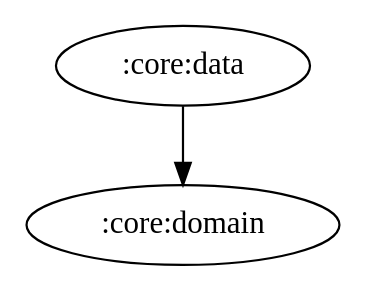
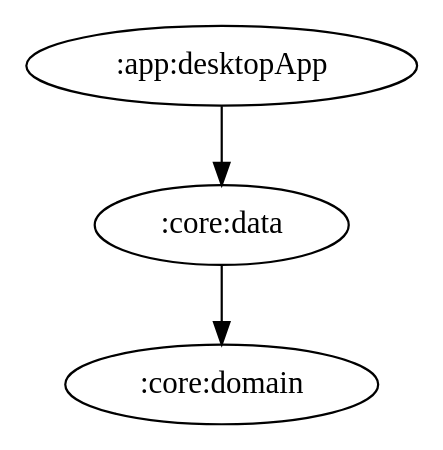
One commit to ai-kurou/KoDriver changed the diagram in docs/graphs/core-data.gv. Above: the diagram before and after it, drawn with Graphviz. The commit also changed 13 other files, not shown here.

Commit message:
chore: update module graph images [skip ci]

```diff
--- a/docs/graphs/core-data.gv
+++ b/docs/graphs/core-data.gv
@@ -1,3 +1,4 @@
 digraph G {
+  ":app:desktopApp" -> ":core:data"
   ":core:data" -> ":core:domain"
 }
```
